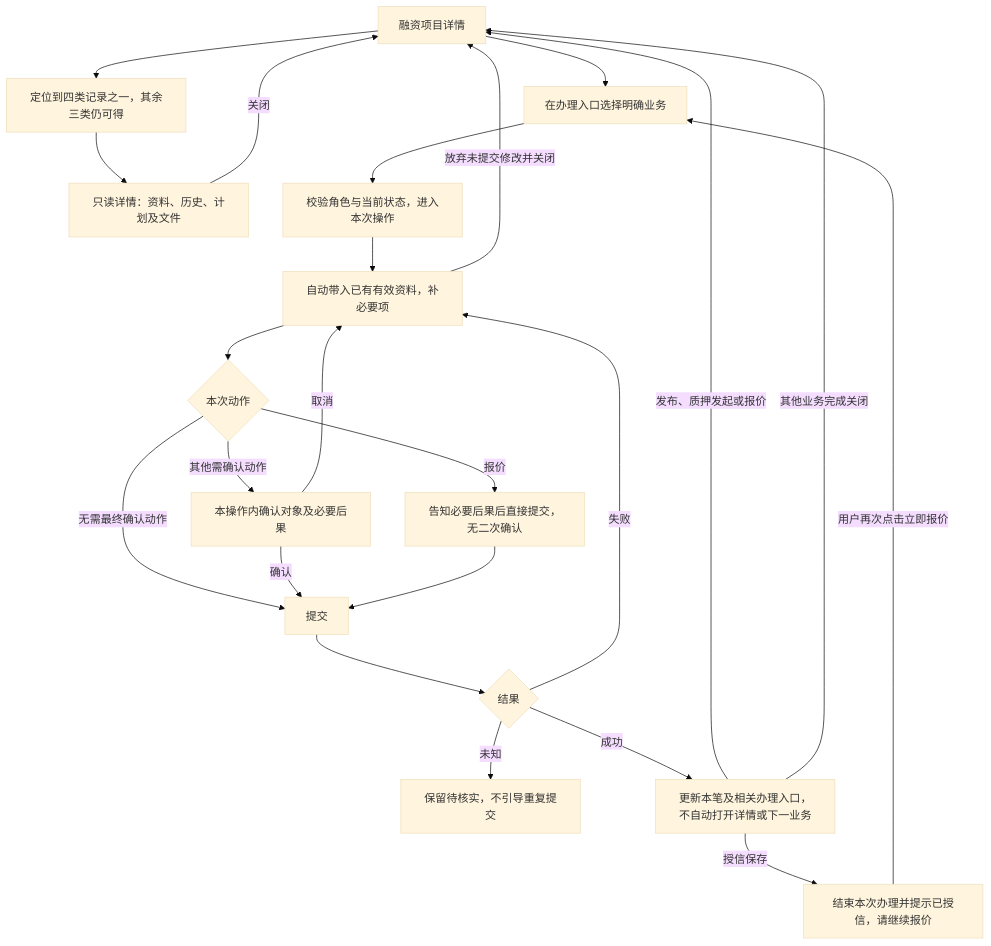
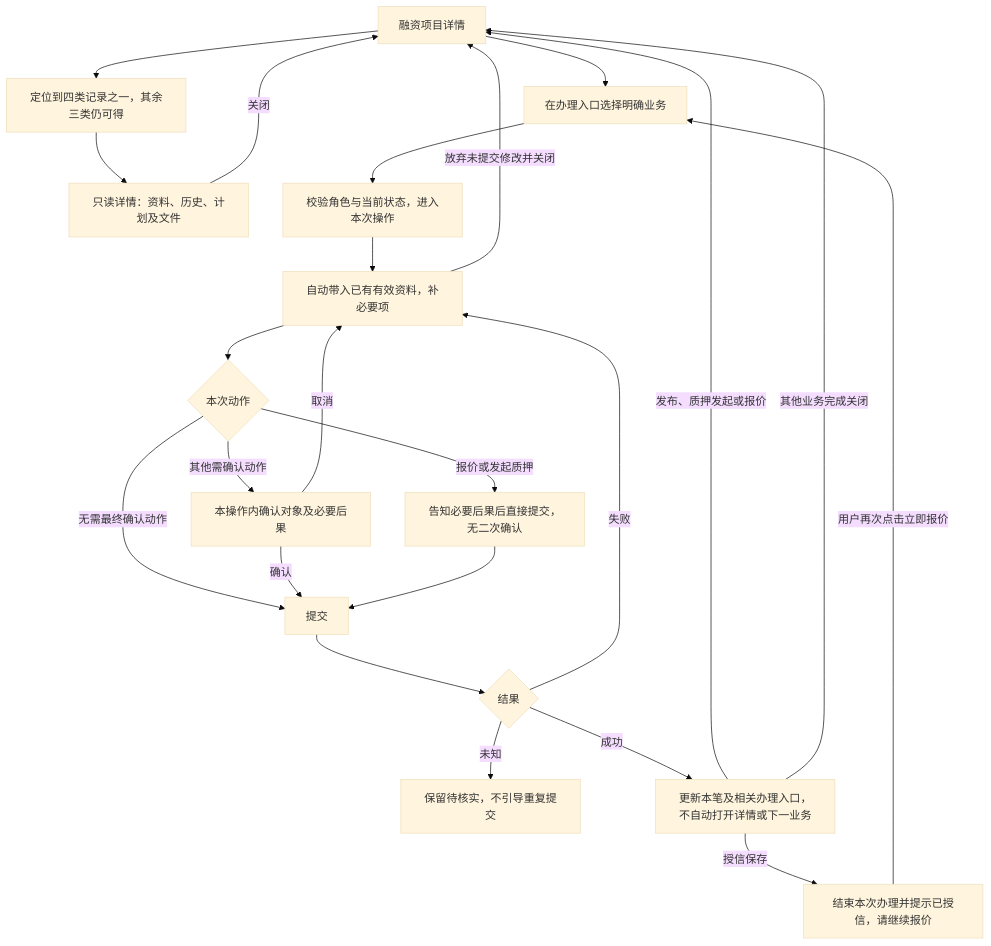
Before and after one commit to wxblockchain/Chain-Financing: the seventh of 10 diagrams in lending-platform/PRD/面客端/05-借贷广场-融资需求与代币质押/02-融资需求与代币质押-流程图与状态机.md, drawn with Mermaid (base theme). The commit also changed other lines of this file and 2 other files, not shown here.

````diff
--- a/lending-platform/PRD/面客端/05-借贷广场-融资需求与代币质押/02-融资需求与代币质押-流程图与状态机.md
+++ b/lending-platform/PRD/面客端/05-借贷广场-融资需求与代币质押/02-融资需求与代币质押-流程图与状态机.md
@@ -194,25 +194,25 @@
 ```mermaid
 flowchart TD
   A[融资项目详情] --> B[定位到四类记录之一，其余三类仍可得]
   B --> C[只读详情：资料、历史、计划及文件]
   C -->|关闭| A
   A --> D[在办理入口选择明确业务]
   D --> E[校验角色与当前状态，进入本次操作]
   E --> F[自动带入已有有效资料，补必要项]
   F --> G{本次动作}
-  G -->|报价| H[告知必要后果后直接提交，无二次确认]
+  G -->|报价或发起质押| H[告知必要后果后直接提交，无二次确认]
   G -->|其他需确认动作| I[本操作内确认对象及必要后果]
   G -->|无需最终确认动作| J[提交]
   I -->|确认| J
   I -->|取消| F
   H --> J
   J --> K{结果}
   K -->|失败| F
   K -->|未知| U[保留待核实，不引导重复提交]
   K -->|成功| V[更新本笔及相关办理入口，不自动打开详情或下一业务]
   V -->|授信保存| T[结束本次办理并提示已授信，请继续报价]
   T -->|用户再次点击立即报价| D
   V -->|发布、质押发起或报价| A
   V -->|其他业务完成关闭| A
   F -->|放弃未提交修改并关闭| A
 ```
````
